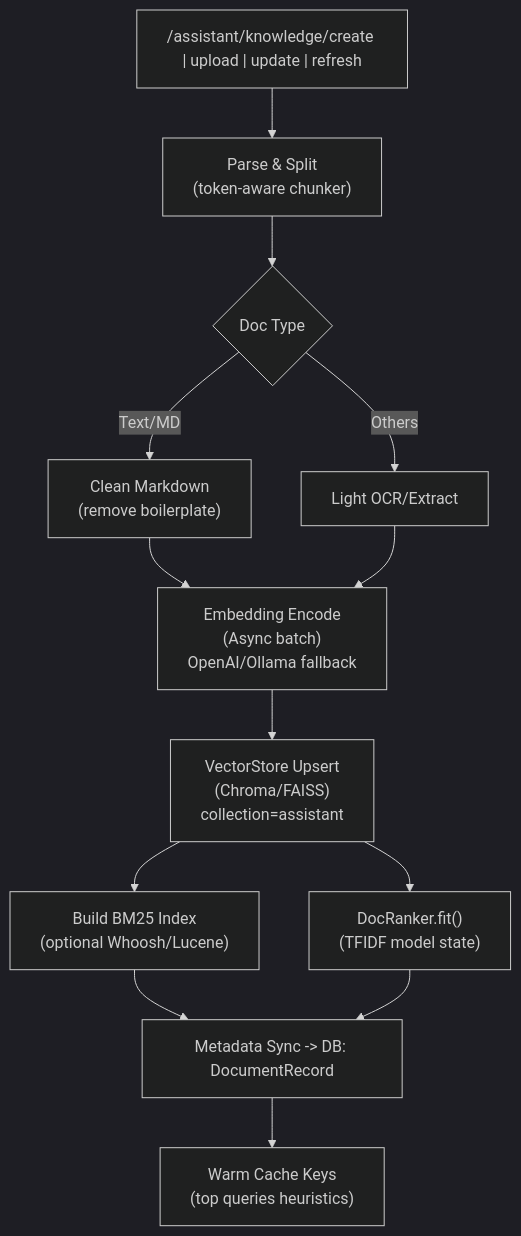
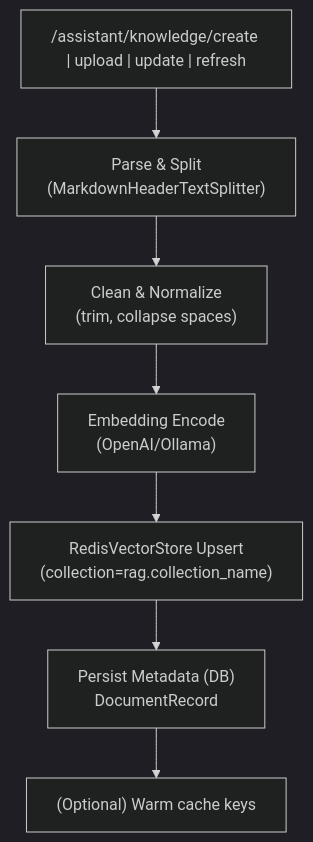
One commit to GoSimplicity/AI-CloudOps-aiops changed the third of 3 diagrams in docs/assistant_guide.md. Above: the diagram before and after it, drawn with Mermaid (dark theme). The commit also changed other lines of this file and 16 other files, not shown here.

````diff
--- a/docs/assistant_guide.md
+++ b/docs/assistant_guide.md
@@ -92,15 +72,9 @@
 ```mermaid
 graph TD
-  U["/assistant/knowledge/create | upload | update | refresh"] --> P1["Parse & Split\n(token-aware chunker)"]
-  P1 --> P2{"Doc Type"}
-  P2 -- "Text/MD" --> C1["Clean Markdown\n(remove boilerplate)"]
-  P2 -- "Others" --> C2["Light OCR/Extract"]
-  C1 --> E1
-  C2 --> E1
-  E1["Embedding Encode\n(Async batch)\nOpenAI/Ollama fallback"] --> V["VectorStore Upsert\n(Chroma/FAISS)\ncollection=assistant"]
-  V --> R1["Build BM25 Index\n(optional Whoosh/Lucene)"]
-  V --> R2["DocRanker.fit()\n(TFIDF model state)"]
-  R1 --> M1["Metadata Sync -> DB: DocumentRecord"]
-  R2 --> M1
-  M1 --> O["Warm Cache Keys\n(top queries heuristics)"]
+  U["/assistant/knowledge/create | upload | update | refresh"] --> P1["Parse & Split\n(MarkdownHeaderTextSplitter)"]
+  P1 --> C1["Clean & Normalize\n(trim, collapse spaces)"]
+  C1 --> E1["Embedding Encode\n(OpenAI/Ollama)"]
+  E1 --> V["RedisVectorStore Upsert\n(collection=rag.collection_name)"]
+  V --> M1["Persist Metadata (DB)\nDocumentRecord"]
+  M1 --> O["(Optional) Warm cache keys"]
 ```
````
